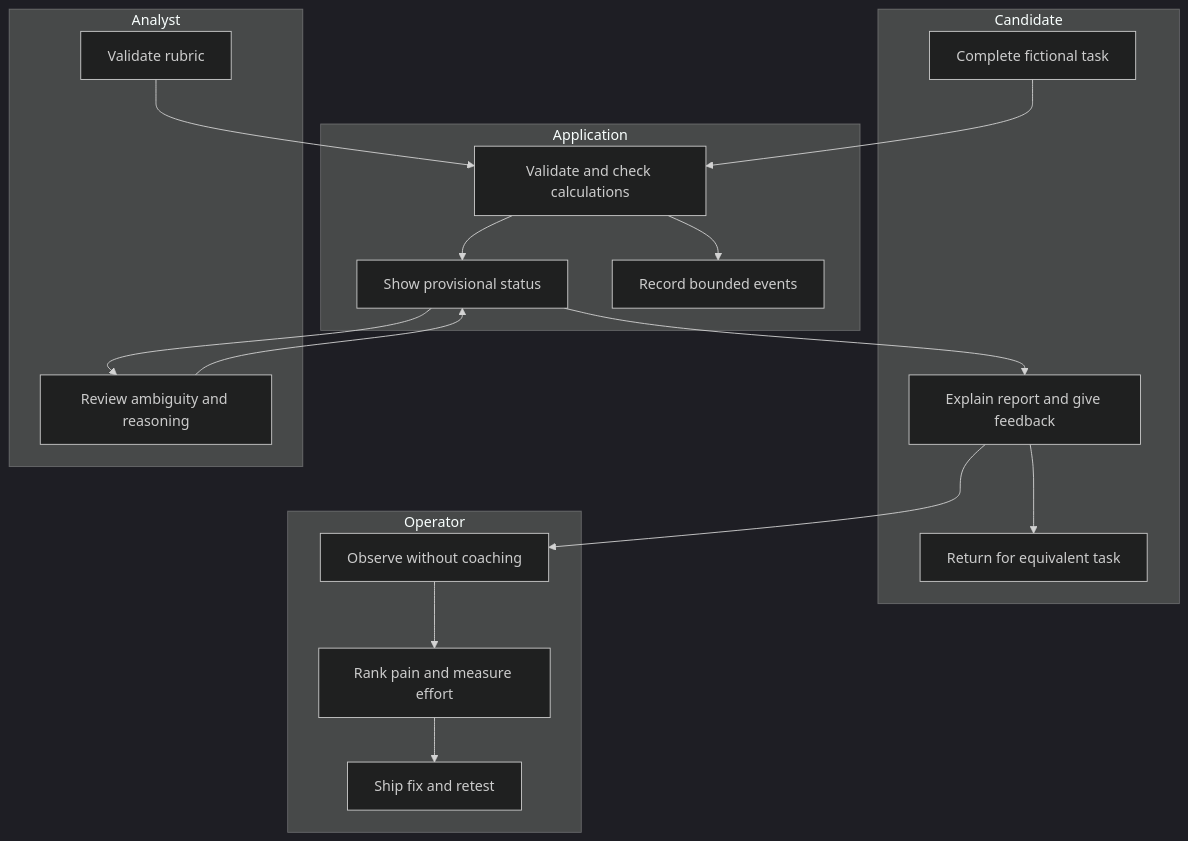
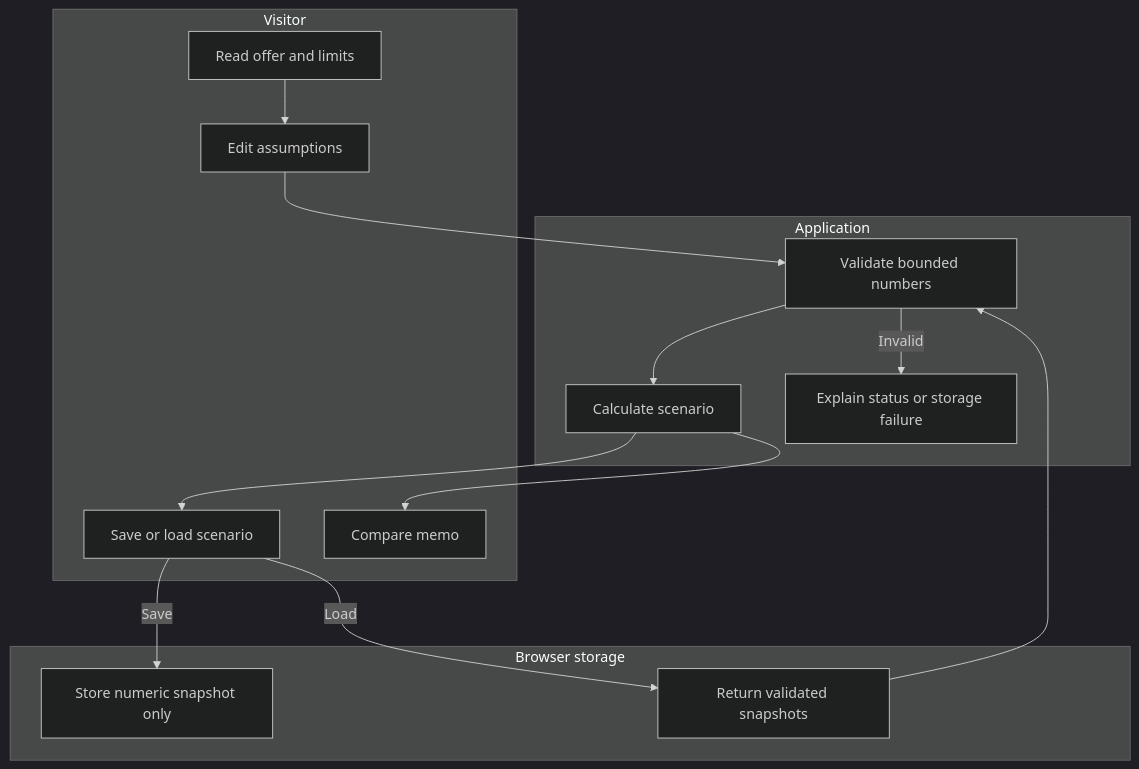
Before and after one commit to valeriakarambuilds-sketch/skillproof-mx: the second of 2 diagrams in docs/PACKET.md, drawn with Mermaid (dark theme). The commit also changed other lines of this file and 4 other files, not shown here.

````diff
--- a/docs/PACKET.md
+++ b/docs/PACKET.md
@@ -47,28 +72,23 @@
 ```mermaid
 flowchart TD
- subgraph Candidate
- A[Complete fictional task]
- B[Explain report and give feedback]
- C[Return for equivalent task]
- end
- subgraph Application
- D[Validate and check calculations]
- E[Show provisional status]
- F[Record bounded events]
- end
- subgraph Operator
- G[Observe without coaching]
- H[Rank pain and measure effort]
- I[Ship fix and retest]
- end
- subgraph Analyst
- J[Validate rubric]
- K[Review ambiguity and reasoning]
- end
- J --> D
- A --> D --> E --> B
- D --> F
- B --> G --> H --> I
- E --> K --> E
- B --> C
+  subgraph Visitor
+    A[Read offer and limits]
+    B[Edit assumptions]
+    C[Save or load scenario]
+    D[Compare memo]
+  end
+  subgraph Application
+    E[Validate bounded numbers]
+    F[Calculate scenario]
+    G[Explain status or storage failure]
+  end
+  subgraph Browser_Storage[Browser storage]
+    H[Store numeric snapshot only]
+    I[Return validated snapshots]
+  end
+  A --> B --> E --> F --> C
+  E -->|Invalid| G
+  C -->|Save| H
+  C -->|Load| I --> E
+  F --> D
 ```
````
